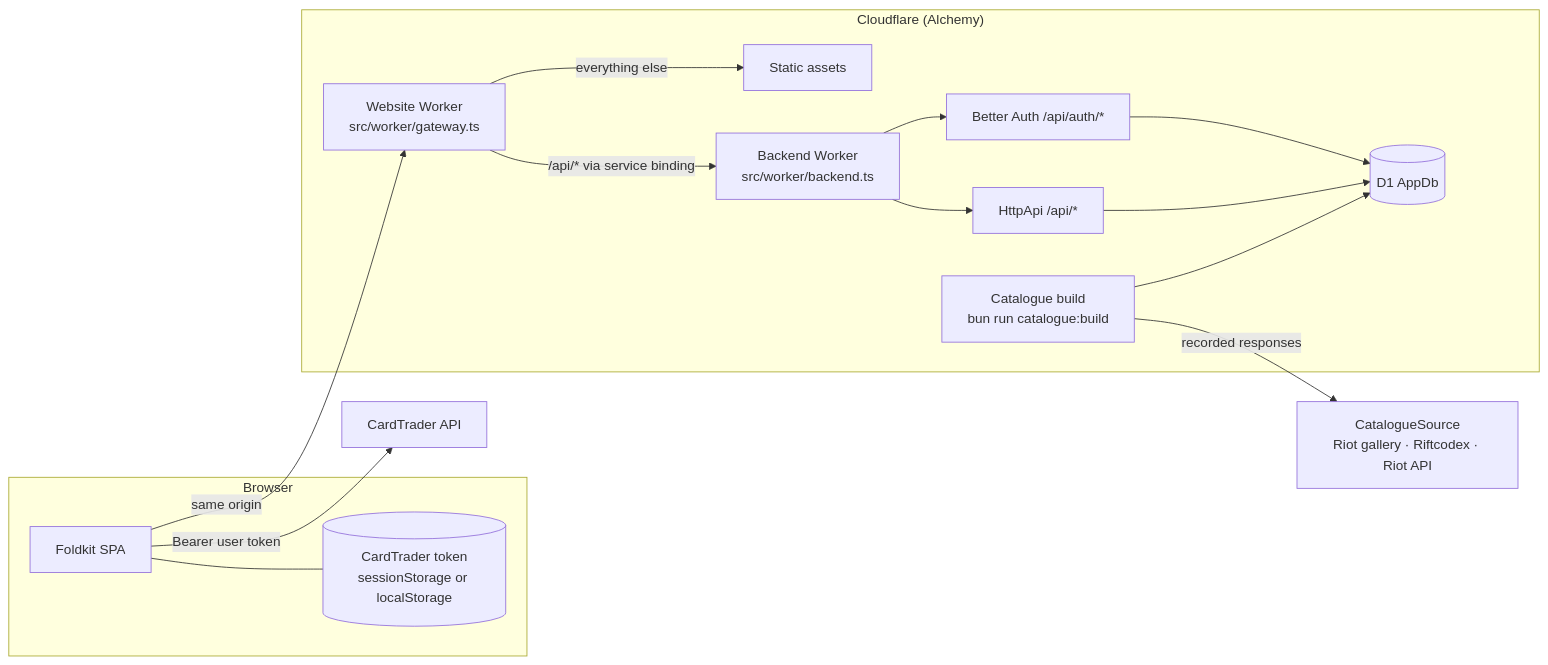
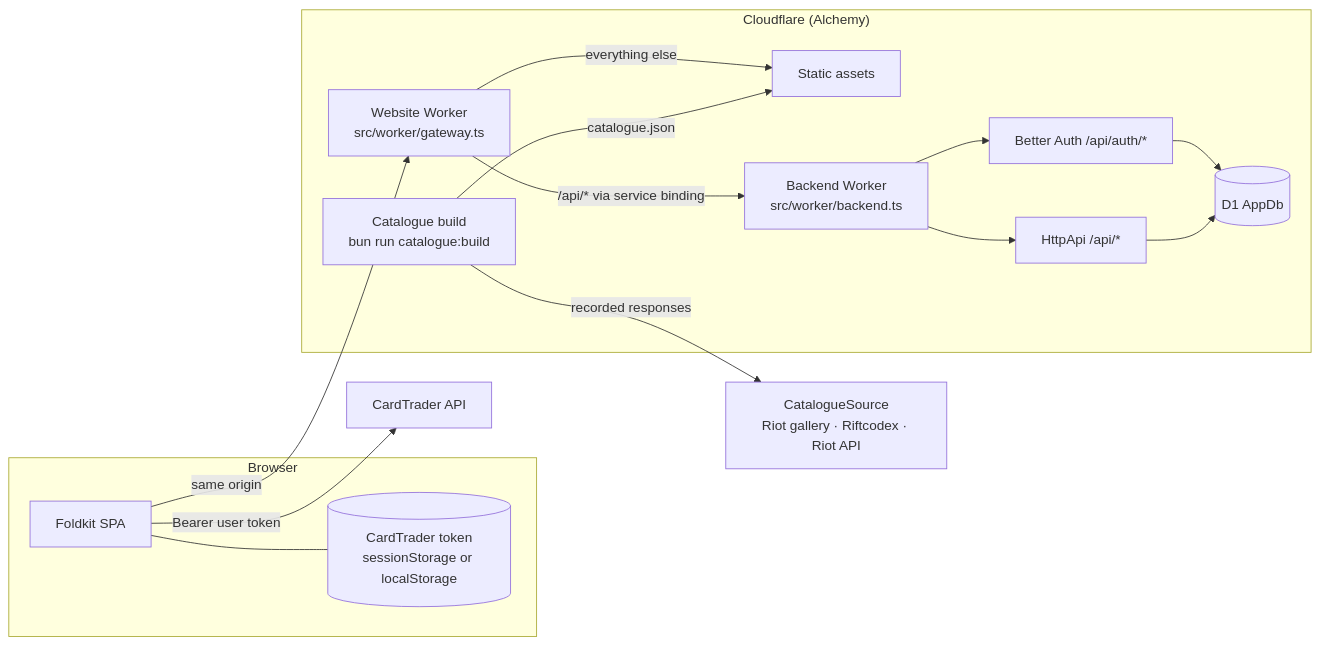
The diagram in docs/02-system-design.md (NichAnti/runebinder), drawn with Mermaid before and after one commit. The commit also changed other lines of this file and 12 other files, not shown here.

````diff
--- a/docs/02-system-design.md
+++ b/docs/02-system-design.md
@@ -3,32 +3,32 @@
 ```mermaid
 flowchart LR
   subgraph Browser
     SPA[Foldkit SPA]
     Token[(CardTrader token<br>sessionStorage or localStorage)]
   end
 
   subgraph Cloudflare["Cloudflare (Alchemy)"]
     Gateway[Website Worker<br>src/worker/gateway.ts]
     Assets[Static assets]
     Backend[Backend Worker<br>src/worker/backend.ts]
     Auth[Better Auth /api/auth/*]
     Api[HttpApi /api/*]
     Import[Catalogue build<br>bun run catalogue:build]
     DB[(D1 AppDb)]
   end
 
   Source[CatalogueSource<br>Riot gallery · Riftcodex · Riot API]
   CardTrader[CardTrader API]
 
   SPA -->|same origin| Gateway
   Gateway -->|everything else| Assets
   Gateway -->|/api/* via service binding| Backend
   Backend --> Auth
   Backend --> Api
   Auth --> DB
   Api --> DB
   Import -->|recorded responses| Source
-  Import --> DB
+  Import -->|catalogue.json| Assets
   SPA -->|Bearer user token| CardTrader
   SPA --- Token
 ```
````
